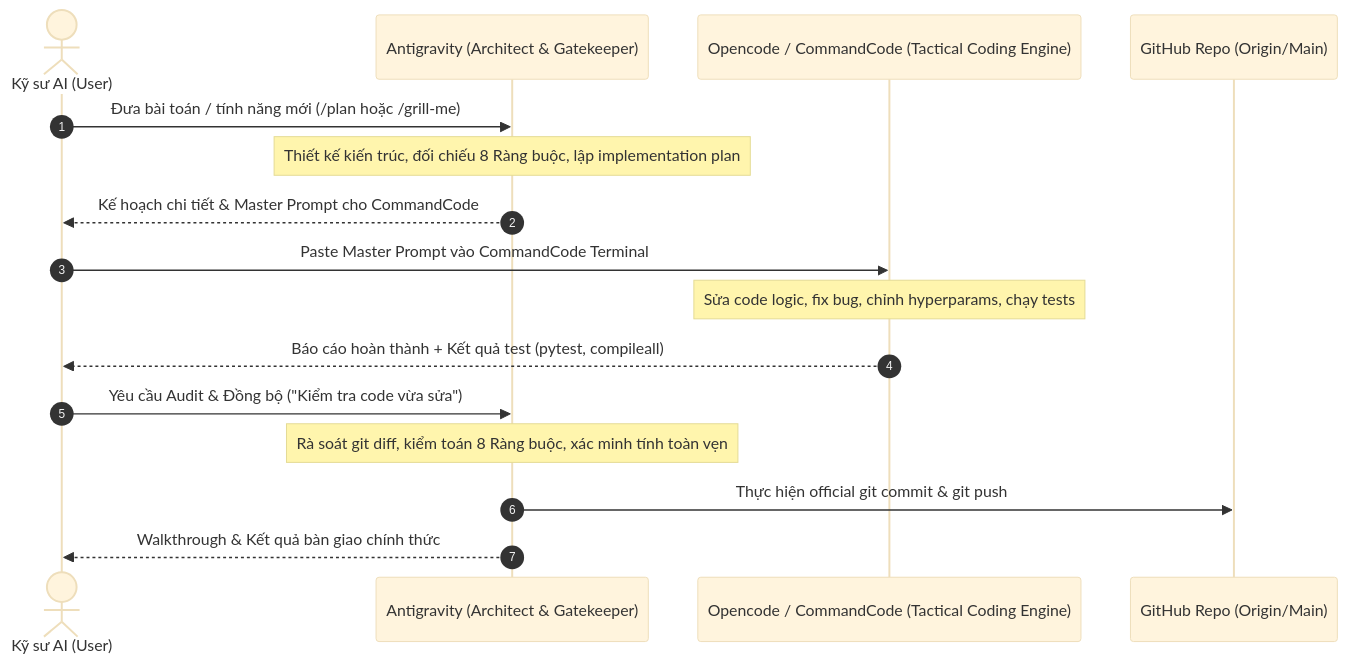
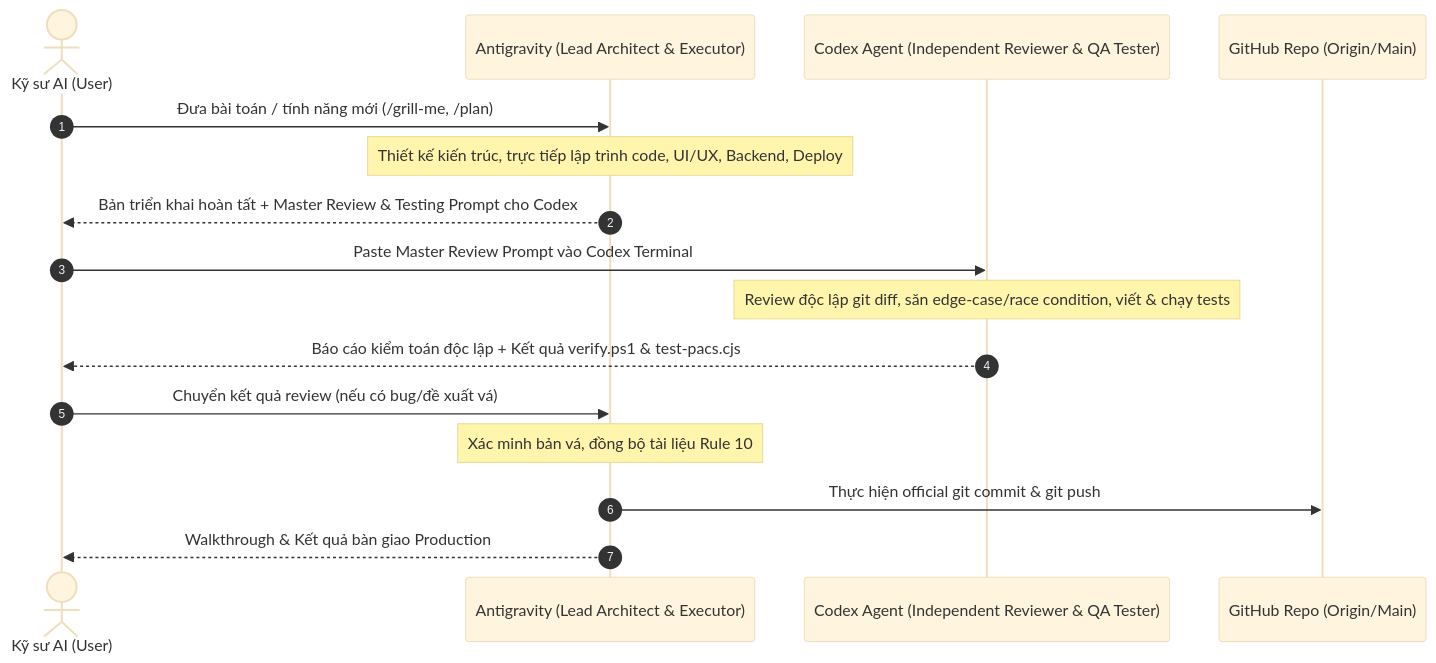
One commit to philipsgn/LungRay changed the diagram in .agents/skills/dual-agent-handshake/SKILL.md. Above: the diagram before and after it, drawn with Mermaid (base theme). The commit also changed other lines of this file and 1 other file, not shown here.

Commit message:
docs(agents): establish Antigravity (Executor) <-> Codex (Independent Reviewer & QA Tester) workflow

````diff
--- a/.agents/skills/dual-agent-handshake/SKILL.md
+++ b/.agents/skills/dual-agent-handshake/SKILL.md
@@ -11,19 +11,19 @@
 ```mermaid
 sequenceDiagram
     autonumber
     actor User as Kỹ sư AI (User)
-    participant AG as Antigravity (Architect & Gatekeeper)
-    participant OC as Opencode / CommandCode (Tactical Coding Engine)
+    participant AG as Antigravity (Lead Architect & Executor)
+    participant CX as Codex Agent (Independent Reviewer & QA Tester)
     participant Git as GitHub Repo (Origin/Main)
 
-    User->>AG: Đưa bài toán / tính năng mới (/plan hoặc /grill-me)
-    Note over AG: Thiết kế kiến trúc, đối chiếu 8 Ràng buộc, lập implementation plan
-    AG-->>User: Kế hoạch chi tiết & Master Prompt cho CommandCode
-    User->>OC: Paste Master Prompt vào CommandCode Terminal
-    Note over OC: Sửa code logic, fix bug, chỉnh hyperparams, chạy tests
-    OC-->>User: Báo cáo hoàn thành + Kết quả test (pytest, compileall)
-    User->>AG: Yêu cầu Audit & Đồng bộ ("Kiểm tra code vừa sửa")
-    Note over AG: Rà soát git diff, kiểm toán 8 Ràng buộc, xác minh tính toàn vẹn
+    User->>AG: Đưa bài toán / tính năng mới (/grill-me, /plan)
+    Note over AG: Thiết kế kiến trúc, trực tiếp lập trình code, UI/UX, Backend, Deploy
+    AG-->>User: Bản triển khai hoàn tất + Master Review & Testing Prompt cho Codex
+    User->>CX: Paste Master Review Prompt vào Codex Terminal
+    Note over CX: Review độc lập git diff, săn edge-case/race condition, viết & chạy tests
+    CX-->>User: Báo cáo kiểm toán độc lập + Kết quả verify.ps1 & test-pacs.cjs
+    User->>AG: Chuyển kết quả review (nếu có bug/đề xuất vá)
+    Note over AG: Xác minh bản vá, đồng bộ tài liệu Rule 10
     AG->>Git: Thực hiện official git commit & git push
-    AG-->>User: Walkthrough & Kết quả bàn giao chính thức
+    AG-->>User: Walkthrough & Kết quả bàn giao Production
 ```
````
